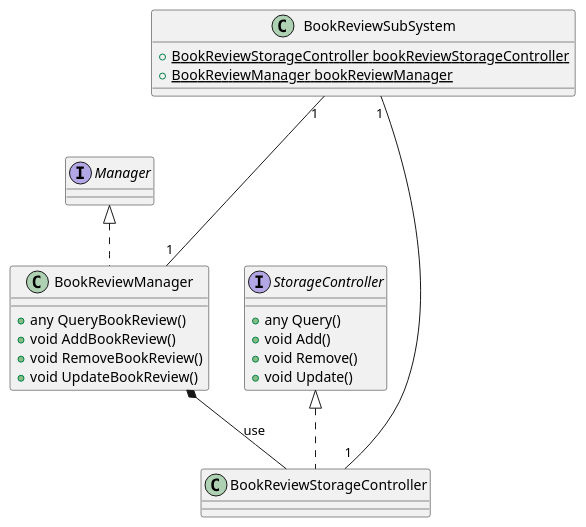
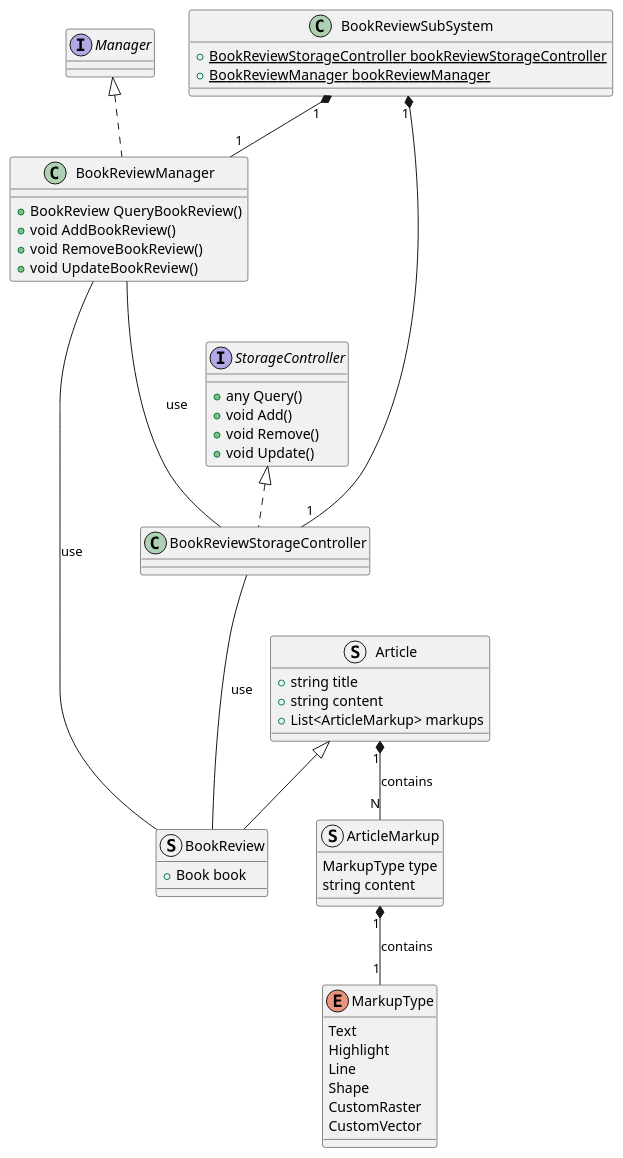
One commit to ShapeLayer/se-lecture-task__project-structure-definitions changed the diagram in src/BookReview.puml. Above: the diagram before and after it, drawn with PlantUML. The commit also changed 20 other files, not shown here.

```diff
--- a/src/BookReview.puml
+++ b/src/BookReview.puml
@@ -1,30 +1,60 @@
 @startuml
 Interface Manager
 Interface StorageController {
     + any Query()
     + void Add()
     + void Remove()
     + void Update()
 }
 
+enum MarkupType {
+    Text
+    Highlight
+    Line
+    Shape
+    CustomRaster
+    CustomVector
+}
+
+struct ArticleMarkup {
+    MarkupType type
+    string content
+}
+
+ArticleMarkup "1" *-- "1" MarkupType : contains
+
+struct Article {
+    + string title
+    + string content
+    + List<ArticleMarkup> markups
+}
+
+Article "1" *-- "N" ArticleMarkup : contains
+
+struct BookReview extends Article {
+    + Book book
+}
+
 class BookReviewManager implements Manager {
-    + any QueryBookReview()
+    + BookReview QueryBookReview()
     + void AddBookReview()
     + void RemoveBookReview()
     + void UpdateBookReview()
 }
 
-class BookReviewStorageController implements StorageController {
-}
+BookReviewManager --- BookReview : use
+BookReviewManager --- BookReviewStorageController : use
 
-BookReviewManager *-- BookReviewStorageController : use
+class BookReviewStorageController implements StorageController {}
+
+BookReviewStorageController --- BookReview : use
 
 ' BookReview SubSystem
 
 class BookReviewSubSystem {
     + {static} BookReviewStorageController bookReviewStorageController
     + {static} BookReviewManager bookReviewManager
 }
-BookReviewSubSystem "1" --- "1" BookReviewStorageController
-BookReviewSubSystem "1" --- "1" BookReviewManager
+BookReviewSubSystem "1" *-- "1" BookReviewStorageController
+BookReviewSubSystem "1" *-- "1" BookReviewManager
 @enduml
```
